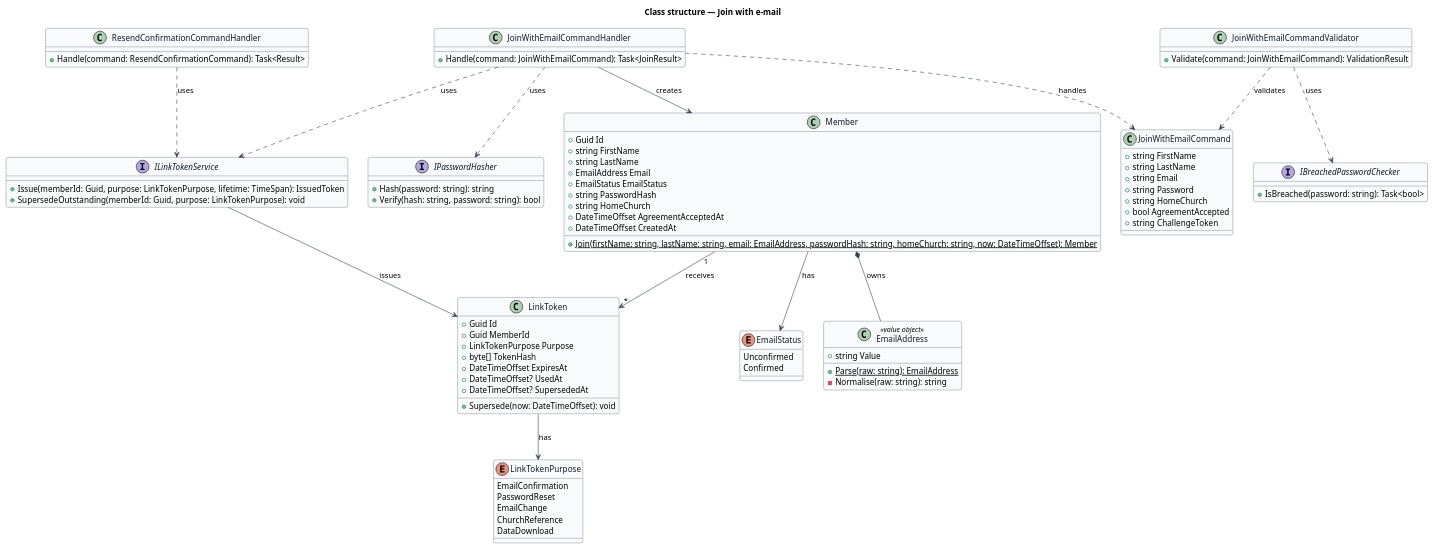
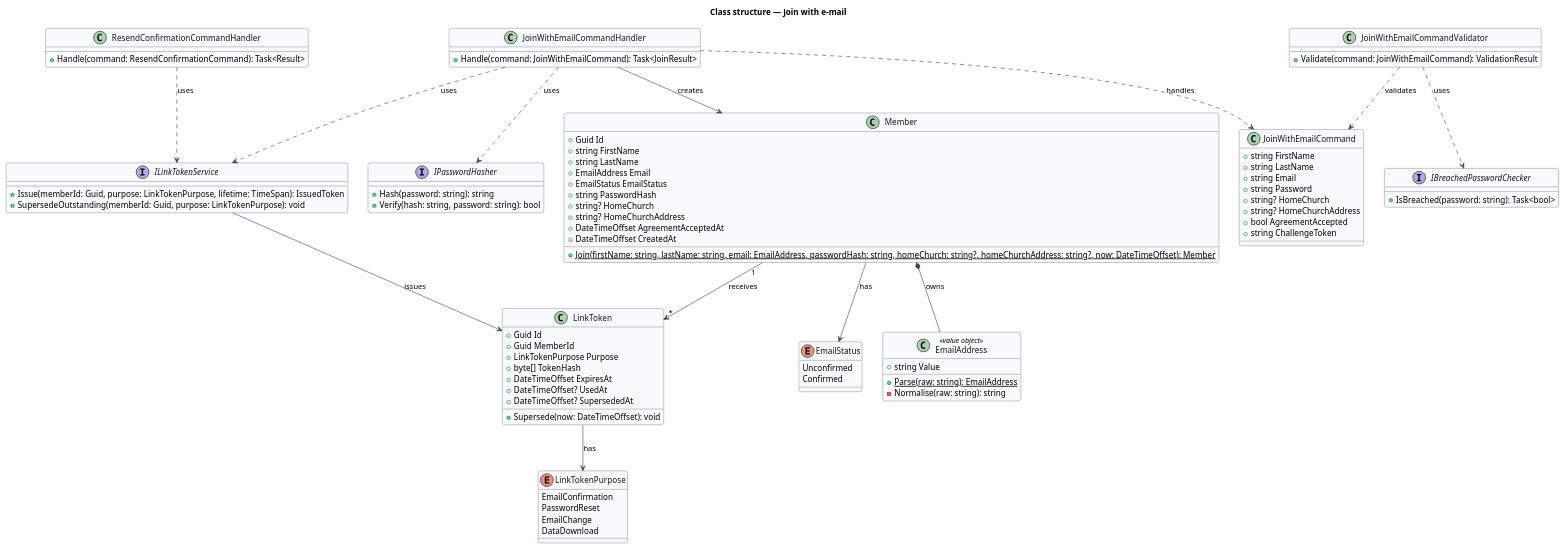
One commit to QuinntyneBrown/jubilee changed the diagram in docs/detailed-designs/accounts/join-with-email/diagrams/class-structure.puml. Above: the diagram before and after it, drawn with PlantUML. The commit also changed 333 other files, not shown here.

First line of the commit message:
Align the ADRs, designs, mocks, design system, estimates and film text with the removed church reference

```diff
--- a/docs/detailed-designs/accounts/join-with-email/diagrams/class-structure.puml
+++ b/docs/detailed-designs/accounts/join-with-email/diagrams/class-structure.puml
@@ -1,107 +1,108 @@
 @startuml
 ' --- shared skin header ---
 skinparam backgroundColor #FFFFFF
 skinparam shadowing false
 skinparam roundcorner 8
 skinparam defaultFontName Arial
 skinparam ArrowColor #344054
 skinparam class {
   BorderColor #344054
   FontColor #101828
   BackgroundColor #F9FAFB
 }
 ' --------------------------
 title Class structure — Join with e-mail
 
 enum EmailStatus {
   Unconfirmed
   Confirmed
 }
 
 enum LinkTokenPurpose {
   EmailConfirmation
   PasswordReset
   EmailChange
-  ChurchReference
   DataDownload
 }
 
 class EmailAddress <<value object>> {
   +string Value
   +{static} Parse(raw: string): EmailAddress
   -Normalise(raw: string): string
 }
 
 class Member {
   +Guid Id
   +string FirstName
   +string LastName
   +EmailAddress Email
   +EmailStatus EmailStatus
   +string PasswordHash
-  +string HomeChurch
+  +string? HomeChurch
+  +string? HomeChurchAddress
   +DateTimeOffset AgreementAcceptedAt
   +DateTimeOffset CreatedAt
-  +{static} Join(firstName: string, lastName: string, email: EmailAddress, passwordHash: string, homeChurch: string, now: DateTimeOffset): Member
+  +{static} Join(firstName: string, lastName: string, email: EmailAddress, passwordHash: string, homeChurch: string?, homeChurchAddress: string?, now: DateTimeOffset): Member
 }
 
 class LinkToken {
   +Guid Id
   +Guid MemberId
   +LinkTokenPurpose Purpose
   +byte[] TokenHash
   +DateTimeOffset ExpiresAt
   +DateTimeOffset? UsedAt
   +DateTimeOffset? SupersededAt
   +Supersede(now: DateTimeOffset): void
 }
 
 class JoinWithEmailCommand {
   +string FirstName
   +string LastName
   +string Email
   +string Password
-  +string HomeChurch
+  +string? HomeChurch
+  +string? HomeChurchAddress
   +bool AgreementAccepted
   +string ChallengeToken
 }
 
 class JoinWithEmailCommandValidator {
   +Validate(command: JoinWithEmailCommand): ValidationResult
 }
 
 class JoinWithEmailCommandHandler {
   +Handle(command: JoinWithEmailCommand): Task<JoinResult>
 }
 
 class ResendConfirmationCommandHandler {
   +Handle(command: ResendConfirmationCommand): Task<Result>
 }
 
 interface IPasswordHasher {
   +Hash(password: string): string
   +Verify(hash: string, password: string): bool
 }
 
 interface ILinkTokenService {
   +Issue(memberId: Guid, purpose: LinkTokenPurpose, lifetime: TimeSpan): IssuedToken
   +SupersedeOutstanding(memberId: Guid, purpose: LinkTokenPurpose): void
 }
 
 interface IBreachedPasswordChecker {
   +IsBreached(password: string): Task<bool>
 }
 
 Member *-- EmailAddress : owns
 Member --> EmailStatus : has
 Member "1" --> "*" LinkToken : receives
 LinkToken --> LinkTokenPurpose : has
 JoinWithEmailCommandHandler ..> JoinWithEmailCommand : handles
 JoinWithEmailCommandValidator ..> JoinWithEmailCommand : validates
 JoinWithEmailCommandValidator ..> IBreachedPasswordChecker : uses
 JoinWithEmailCommandHandler ..> IPasswordHasher : uses
 JoinWithEmailCommandHandler ..> ILinkTokenService : uses
 JoinWithEmailCommandHandler --> Member : creates
 ResendConfirmationCommandHandler ..> ILinkTokenService : uses
 ILinkTokenService --> LinkToken : issues
 @enduml
```
